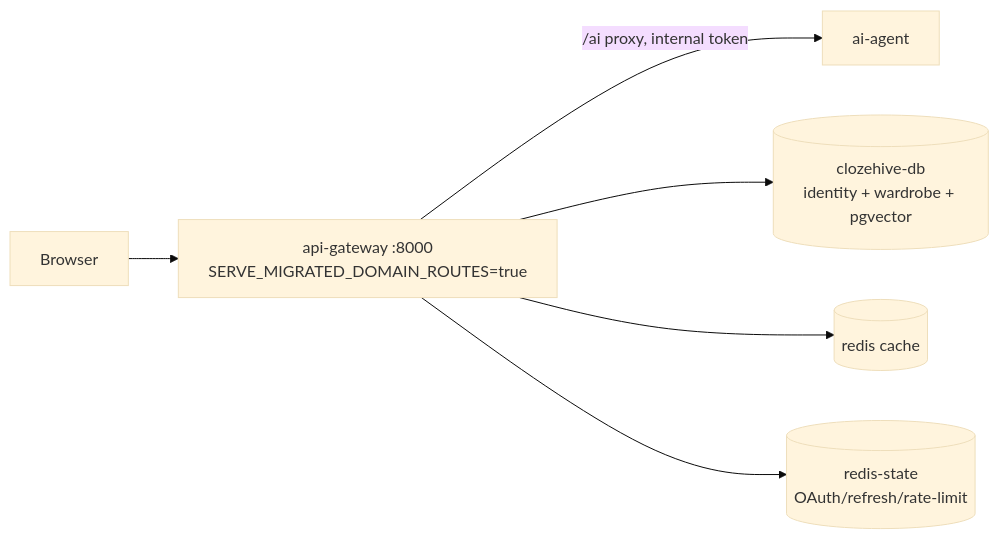
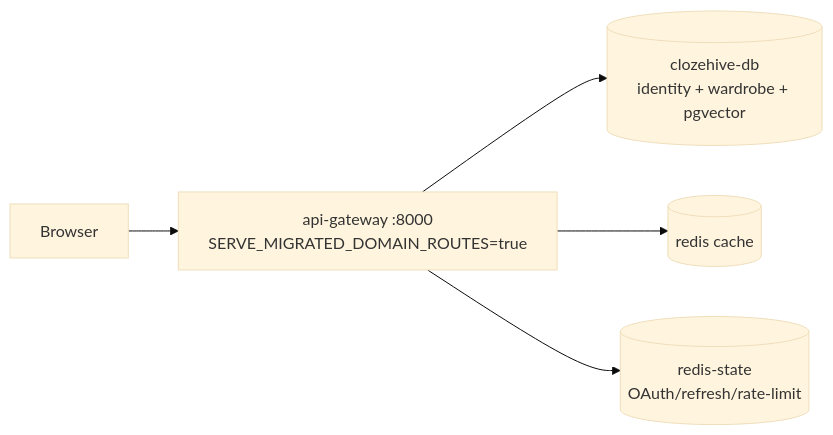
One commit to phanidhar09/clozehive changed the first of 5 diagrams in docs/SERVICES.md. Above: the diagram before and after it, drawn with Mermaid (base theme). The commit also changed other lines of this file and 6 other files, not shown here.

````diff
--- a/docs/SERVICES.md
+++ b/docs/SERVICES.md
@@ -30,8 +31,7 @@
 ```mermaid
 flowchart LR
     B[Browser] --> GW[api-gateway :8000<br/>SERVE_MIGRATED_DOMAIN_ROUTES=true]
-    GW -->|/ai proxy, internal token| AG[ai-agent]
     GW --> PG[(clozehive-db<br/>identity + wardrobe + pgvector)]
     GW --> R[(redis cache)]
     GW --> RS[(redis-state<br/>OAuth/refresh/rate-limit)]
 ```
````
